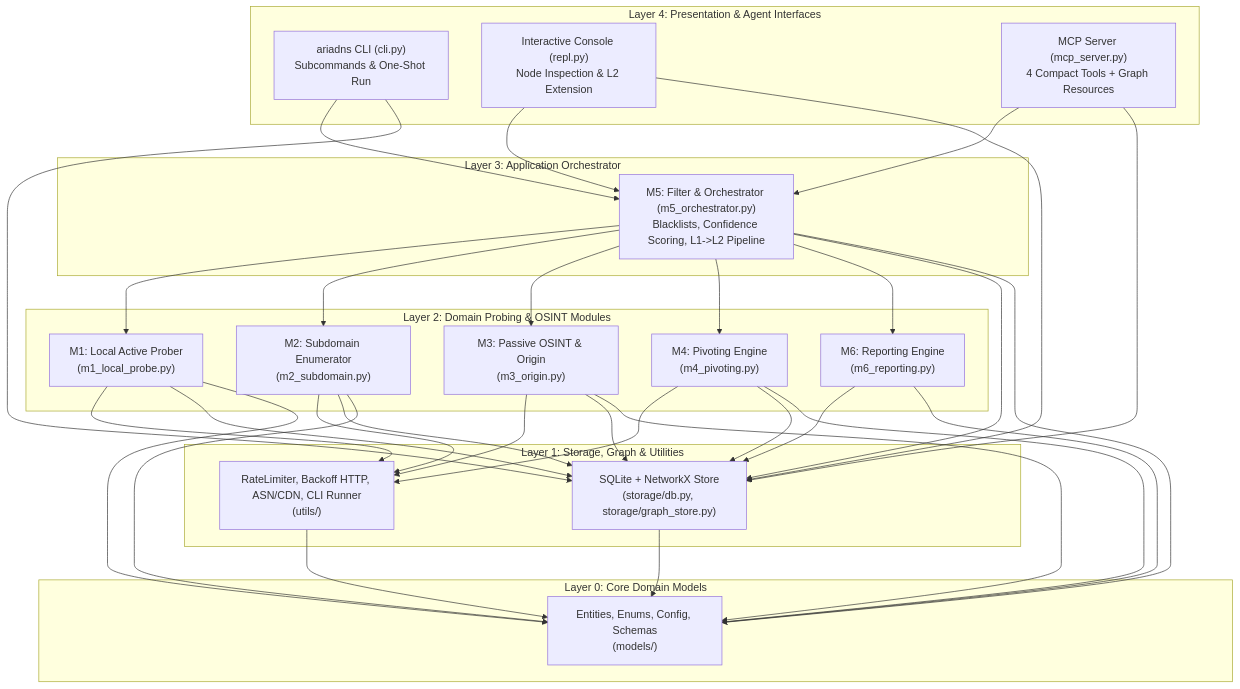
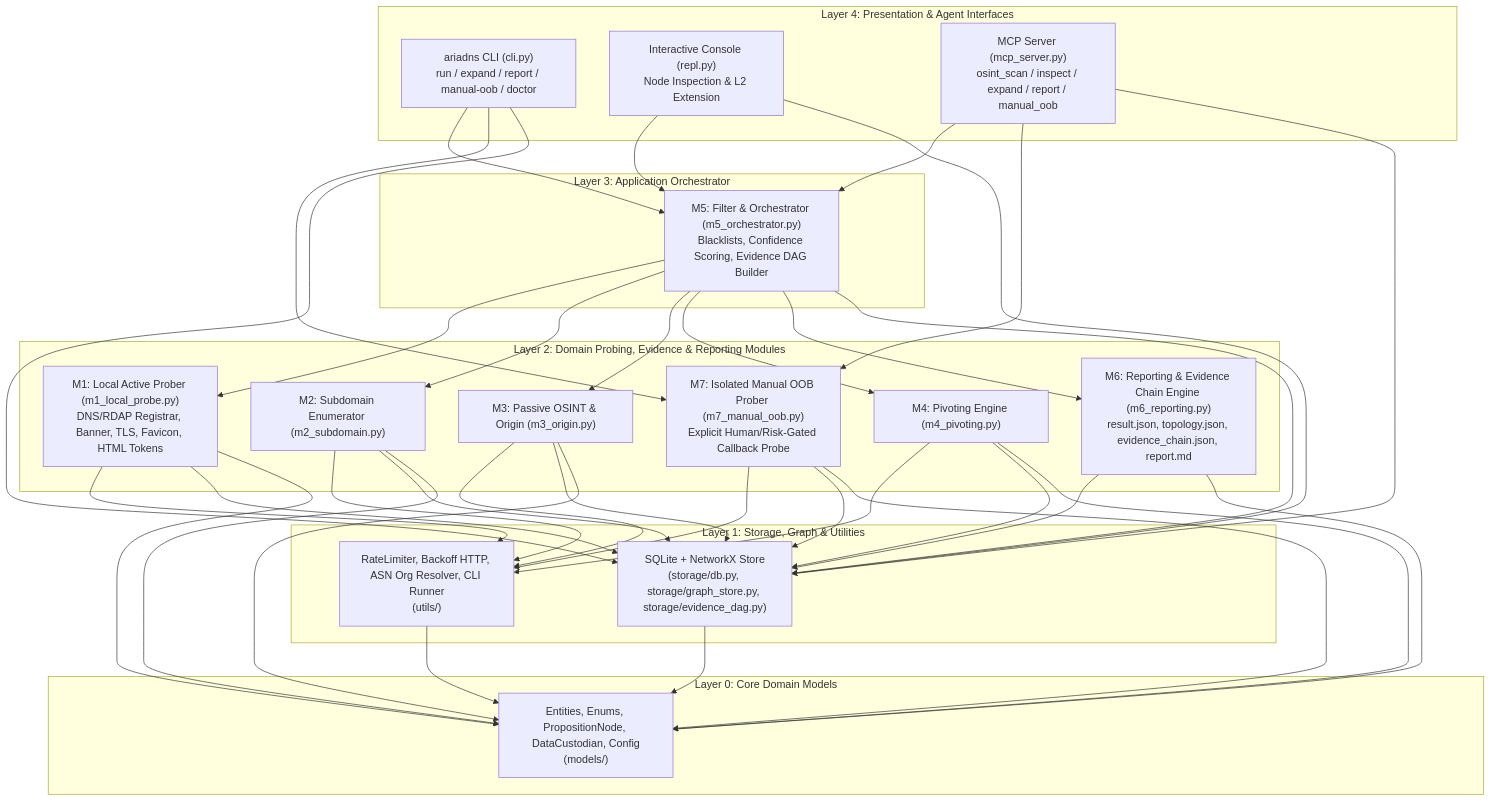
One commit to jontykuan/Ariadns changed the first of 2 diagrams in .mnb/ARCHITECTURE.md. Above: the diagram before and after it, drawn with Mermaid. The commit also changed other lines of this file and 7 other files, not shown here.

Commit message:
docs(mnb): add standards, architecture, and tickets 16-21 for causal evidence DAG

````diff
--- a/.mnb/ARCHITECTURE.md
+++ b/.mnb/ARCHITECTURE.md
@@ -5,62 +5,47 @@
 ```mermaid
 flowchart TD
     subgraph Interfaces ["Layer 4: Presentation & Agent Interfaces"]
-        CLI["ariadns CLI (cli.py)\nSubcommands & One-Shot Run"]
+        CLI["ariadns CLI (cli.py)\nrun / expand / report / manual-oob / doctor"]
         REPL["Interactive Console (repl.py)\nNode Inspection & L2 Extension"]
-        MCP["MCP Server (mcp_server.py)\n4 Compact Tools + Graph Resources"]
+        MCP["MCP Server (mcp_server.py)\nosint_scan / inspect / expand / report / manual_oob"]
     end
 
     subgraph Orchestration ["Layer 3: Application Orchestrator"]
-        M5["M5: Filter & Orchestrator (m5_orchestrator.py)\nBlacklists, Confidence Scoring, L1->L2 Pipeline"]
+        M5["M5: Filter & Orchestrator (m5_orchestrator.py)\nBlacklists, Confidence Scoring, Evidence DAG Builder"]
     end
 
-    subgraph Engines ["Layer 2: Domain Probing & OSINT Modules"]
-        M1["M1: Local Active Prober\n(m1_local_probe.py)"]
-        M2["M2: Subdomain Enumerator\n(m2_subdomain.py)"]
-        M3["M3: Passive OSINT & Origin\n(m3_origin.py)"]
-        M4["M4: Pivoting Engine\n(m4_pivoting.py)"]
-        M6["M6: Reporting Engine\n(m6_reporting.py)"]
+    subgraph Engines ["Layer 2: Domain Probing, Evidence & Reporting Modules"]
+        M1["M1: Local Active Prober (m1_local_probe.py)\nDNS/RDAP Registrar, Banner, TLS, Favicon, HTML Tokens"]
+        M2["M2: Subdomain Enumerator (m2_subdomain.py)"]
+        M3["M3: Passive OSINT & Origin (m3_origin.py)"]
+        M4["M4: Pivoting Engine (m4_pivoting.py)"]
+        M6["M6: Reporting & Evidence Chain Engine (m6_reporting.py)\nresult.json, topology.json, evidence_chain.json, report.md"]
+        M7["M7: Isolated Manual OOB Prober (m7_manual_oob.py)\nExplicit Human/Risk-Gated Callback Probe"]
     end
 
     subgraph Infra ["Layer 1: Storage, Graph & Utilities"]
-        DB["SQLite + NetworkX Store\n(storage/db.py, storage/graph_store.py)"]
-        NET["RateLimiter, Backoff HTTP, ASN/CDN, CLI Runner\n(utils/)"]
+        DB["SQLite + NetworkX Store\n(storage/db.py, storage/graph_store.py, storage/evidence_dag.py)"]
+        NET["RateLimiter, Backoff HTTP, ASN Org Resolver, CLI Runner\n(utils/)"]
     end
 
     subgraph Models ["Layer 0: Core Domain Models"]
-        MOD["Entities, Enums, Config, Schemas\n(models/)"]
+        MOD["Entities, Enums, PropositionNode, DataCustodian, Config\n(models/)"]
     end
 
     CLI --> M5
+    CLI --> M7
     REPL --> M5
     MCP --> M5
+    MCP --> M7
     CLI --> DB
     REPL --> DB
     MCP --> DB
 
-    M5 --> M1
-    M5 --> M2
-    M5 --> M3
-    M5 --> M4
-    M5 --> M6
+    M5 --> M1 & M2 & M3 & M4 & M6
     M5 --> DB
+    M7 --> NET & DB & MOD
 
-    M1 --> NET
-    M2 --> NET
-    M3 --> NET
-    M4 --> NET
-    M1 --> DB
-    M2 --> DB
-    M3 --> DB
-    M4 --> DB
-    M6 --> DB
-
-    NET --> MOD
-    DB --> MOD
-    M1 --> MOD
-    M2 --> MOD
-    M3 --> MOD
-    M4 --> MOD
-    M5 --> MOD
-    M6 --> MOD
+    M1 & M2 & M3 & M4 --> NET & DB & MOD
+    M6 --> DB & MOD
+    NET & DB --> MOD
 ```
````
